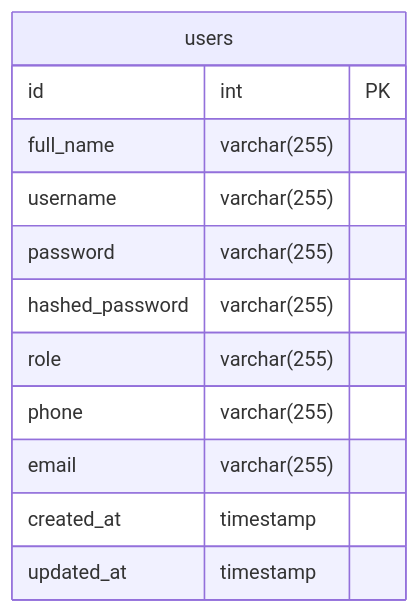
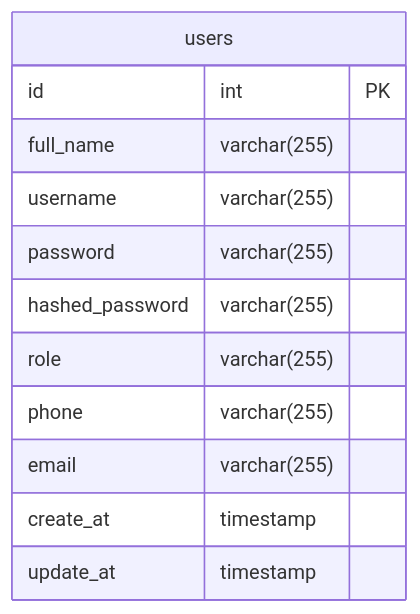
The second of 2 diagrams in Documents/Week1/useCase.MD (Huyitit/intern-project), drawn with Mermaid before and after one commit. The commit also changed other lines of this file and 2 other files, not shown here.

````diff
--- a/Documents/Week1/useCase.MD
+++ b/Documents/Week1/useCase.MD
@@ -154,16 +169,16 @@
 ```mermaid
 erDiagram
     users 
     {
         id int PK
         full_name varchar(255)
         username varchar(255)
         password varchar(255)
         hashed_password varchar(255)
         role varchar(255)
         phone varchar(255)
         email varchar(255)
-        created_at timestamp
-        updated_at timestamp
+        create_at timestamp
+        update_at timestamp
     }
 ```
````
